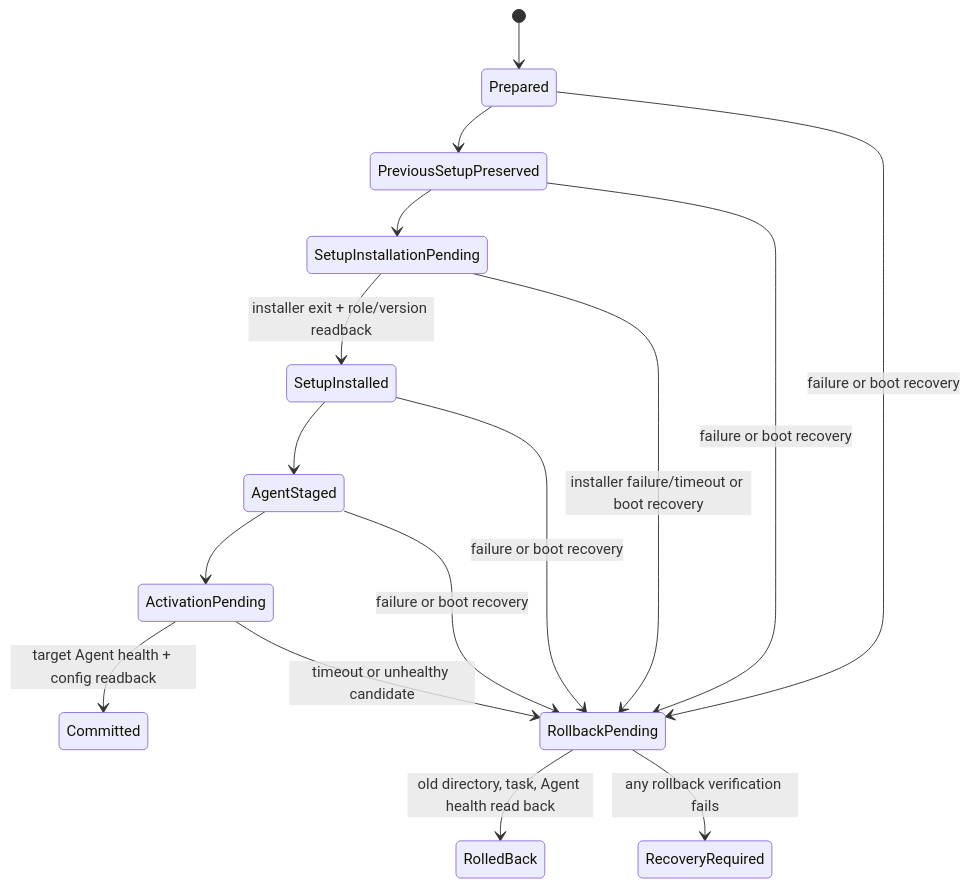
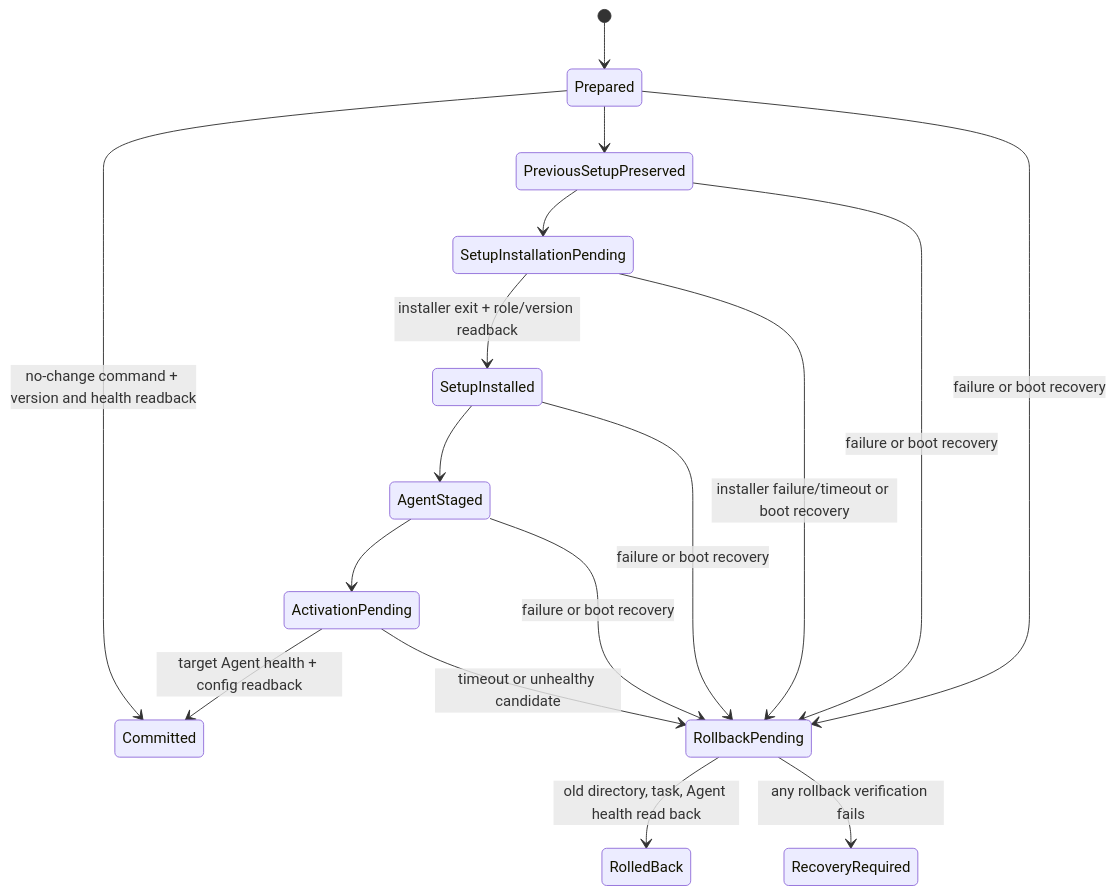
One commit to Ljc798/veyon-campus-deployment changed the second of 2 diagrams in specs/cloud-updates-and-installers/design.md. Above: the diagram before and after it, drawn with Mermaid. The commit also changed other lines of this file and 7 other files, not shown here.

````diff
--- a/specs/cloud-updates-and-installers/design.md
+++ b/specs/cloud-updates-and-installers/design.md
@@ -66,18 +68,19 @@
 ```mermaid
 stateDiagram-v2
   [*] --> Prepared
+  Prepared --> Committed: no-change command + version and health readback
   Prepared --> PreviousSetupPreserved
   PreviousSetupPreserved --> SetupInstallationPending
   SetupInstallationPending --> SetupInstalled: installer exit + role/version readback
   SetupInstalled --> AgentStaged
   AgentStaged --> ActivationPending
   ActivationPending --> Committed: target Agent health + config readback
   Prepared --> RollbackPending: failure or boot recovery
   PreviousSetupPreserved --> RollbackPending: failure or boot recovery
   SetupInstallationPending --> RollbackPending: installer failure/timeout or boot recovery
   SetupInstalled --> RollbackPending: failure or boot recovery
   AgentStaged --> RollbackPending: failure or boot recovery
   ActivationPending --> RollbackPending: timeout or unhealthy candidate
   RollbackPending --> RolledBack: old directory, task, Agent health read back
   RollbackPending --> RecoveryRequired: any rollback verification fails
 ```
````
